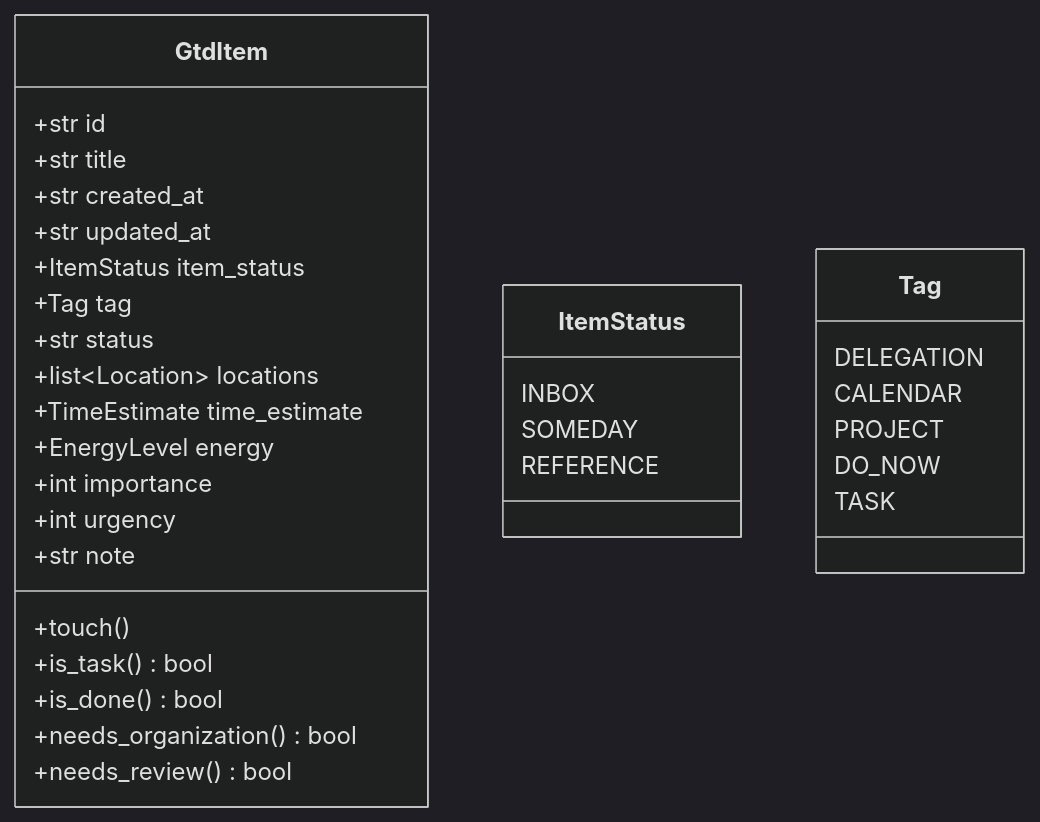
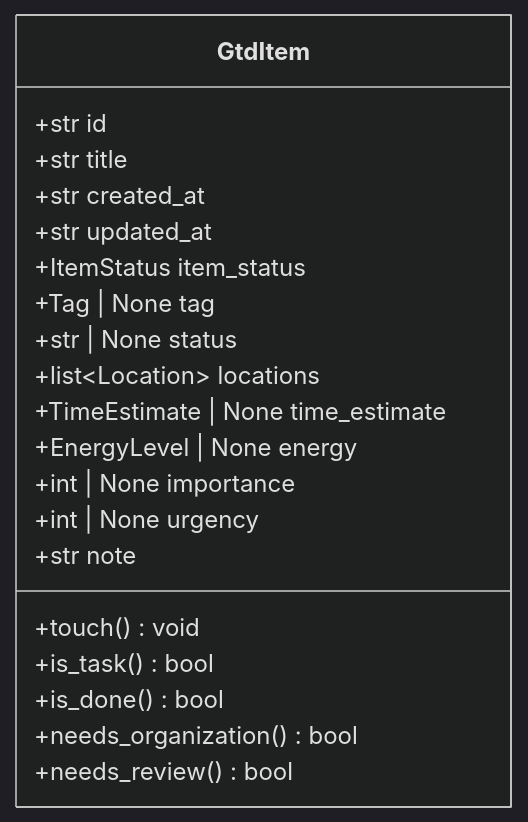
One commit to teppei19980914/Defrago changed the second of 9 diagrams in docs/design/architecture.md. Above: the diagram before and after it, drawn with Mermaid (dark theme). The commit also changed other lines of this file and 4 other files, not shown here.

````diff
--- a/docs/design/architecture.md
+++ b/docs/design/architecture.md
@@ -78,37 +108,23 @@
 ```mermaid
 classDiagram
     class GtdItem {
         +str id
         +str title
         +str created_at
         +str updated_at
         +ItemStatus item_status
-        +Tag tag
-        +str status
+        +Tag | None tag
+        +str | None status
         +list~Location~ locations
-        +TimeEstimate time_estimate
-        +EnergyLevel energy
-        +int importance
-        +int urgency
+        +TimeEstimate | None time_estimate
+        +EnergyLevel | None energy
+        +int | None importance
+        +int | None urgency
         +str note
-        +touch()
+        +touch() void
         +is_task() bool
         +is_done() bool
         +needs_organization() bool
         +needs_review() bool
     }
-
-    class ItemStatus {
-        INBOX
-        SOMEDAY
-        REFERENCE
-    }
-
-    class Tag {
-        DELEGATION
-        CALENDAR
-        PROJECT
-        DO_NOW
-        TASK
-    }
 ```
````
